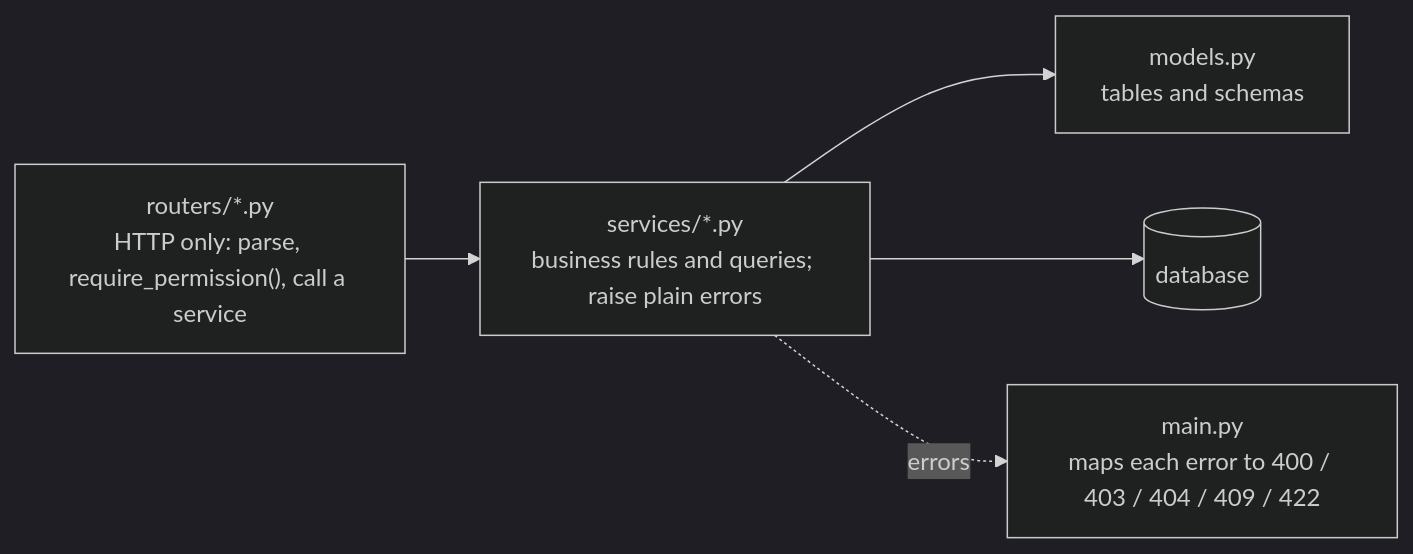
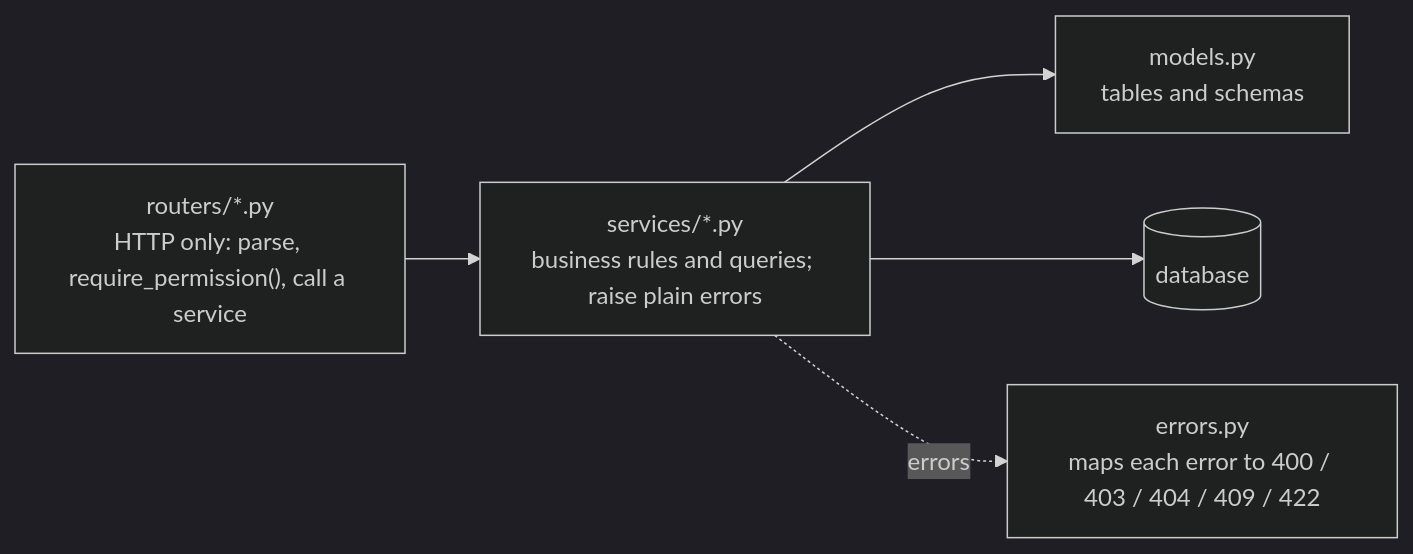
The second of 4 diagrams in docs/FINAL_REPORT.md (TanvirMahmudTushar/gym-buddy), drawn with Mermaid (dark theme) before and after one commit. The commit also changed other lines of this file and 185 other files, not shown here.

````diff
--- a/docs/FINAL_REPORT.md
+++ b/docs/FINAL_REPORT.md
@@ -220,7 +220,7 @@
 ```mermaid
 flowchart LR
     R["routers/*.py<br/>HTTP only: parse, require_permission(), call a service"] --> S["services/*.py<br/>business rules and queries; raise plain errors"]
     S --> M["models.py<br/>tables and schemas"]
     S --> D[(database)]
-    S -. errors .-> H["main.py<br/>maps each error to 400 / 403 / 404 / 409 / 422"]
+    S -. errors .-> H["errors.py<br/>maps each error to 400 / 403 / 404 / 409 / 422"]
 ```
````
